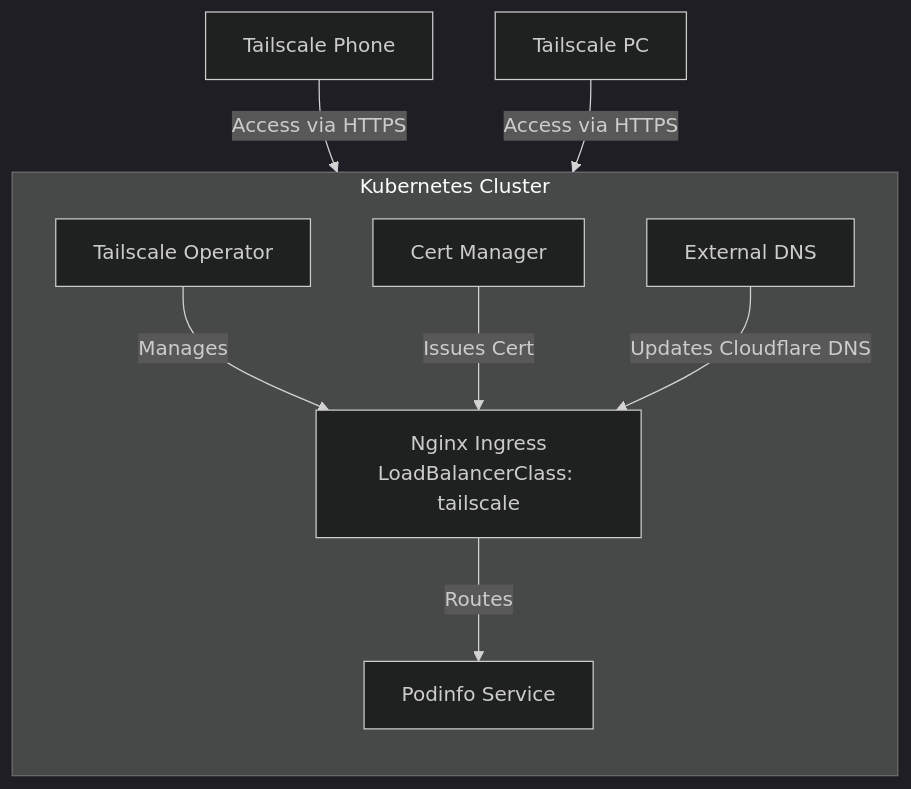
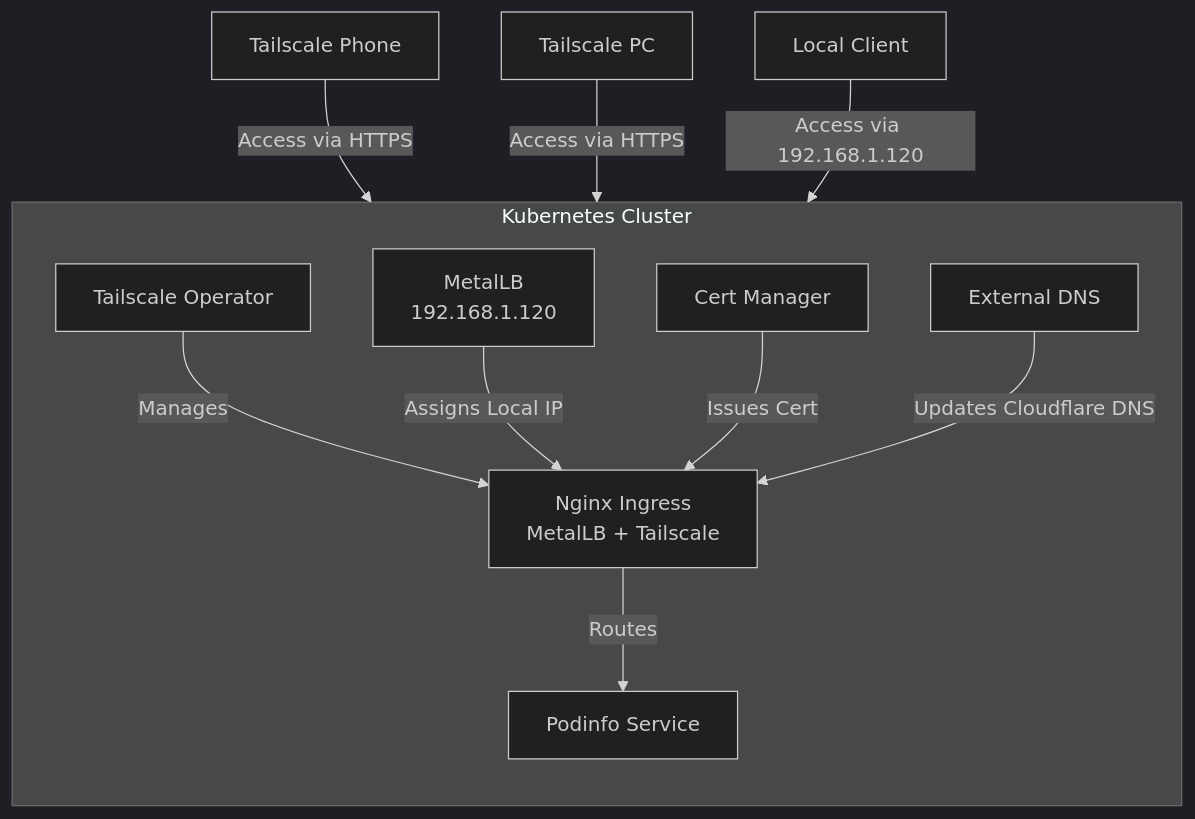
One commit to kpoxo6op/soyspray changed the second of 3 diagrams in soydocs/tailscale-podinfo.md. Above: the diagram before and after it, drawn with Mermaid (dark theme). The commit also changed other lines of this file, not shown here.

````diff
--- a/soydocs/tailscale-podinfo.md
+++ b/soydocs/tailscale-podinfo.md
@@ -9,19 +181,22 @@
 ```mermaid
 graph TB
     subgraph "Kubernetes Cluster"
         direction TB
         TO[Tailscale Operator]
-        NI[Nginx Ingress<br/>LoadBalancerClass: tailscale]
+        NI[Nginx Ingress<br/>MetalLB + Tailscale]
         PI[Podinfo Service]
         CM[Cert Manager]
         ED[External DNS]
+        MLB[MetalLB<br/>192.168.1.120]
         
         TO -->|Manages| NI
+        MLB -->|Assigns Local IP| NI
         NI -->|Routes| PI
         CM -->|Issues Cert| NI
         ED -->|Updates Cloudflare DNS| NI
     end
     
     TP[Tailscale Phone] -->|Access via HTTPS| NI
     PC[Tailscale PC] -->|Access via HTTPS| NI
+    LC[Local Client] -->|Access via 192.168.1.120| NI
 ```
````
